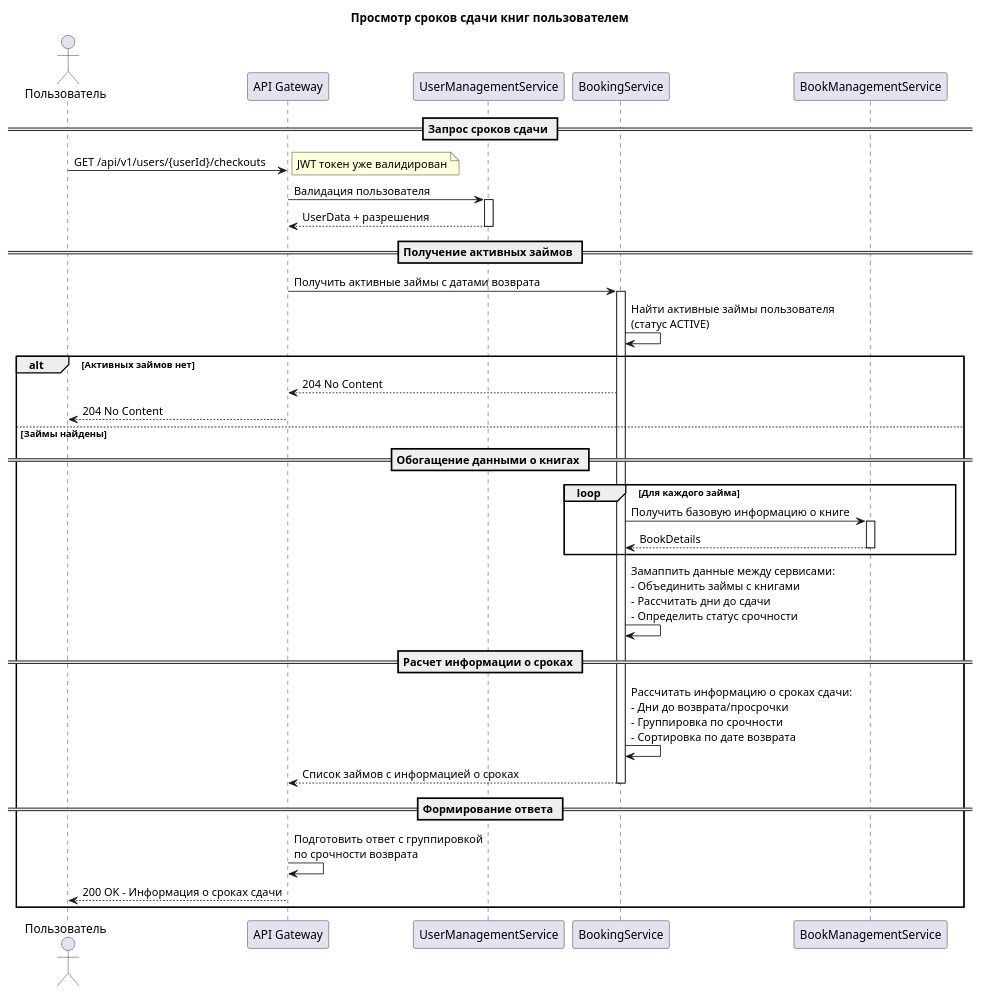
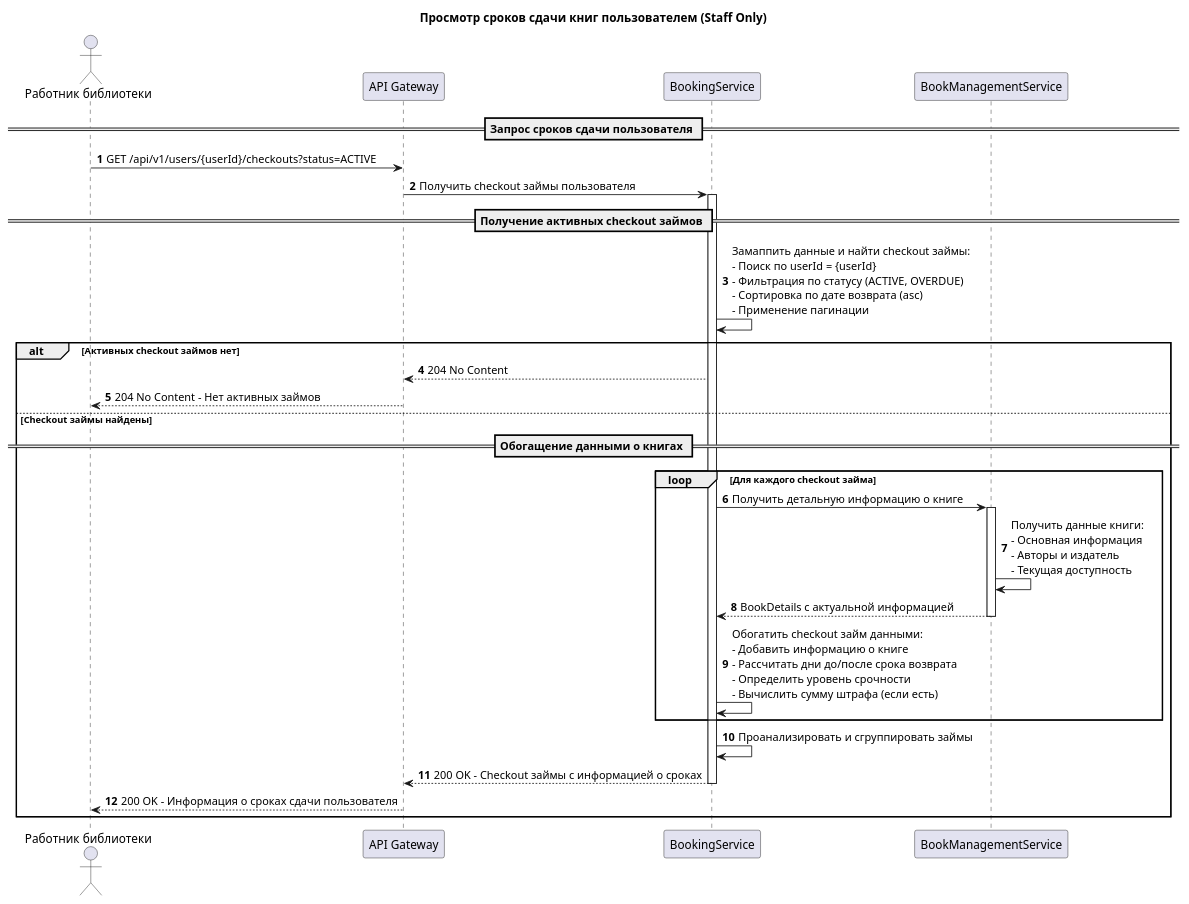
One commit to mrmacgood71/sber-test-case-SA changed the diagram in sequences/book_service__get_checkouts_plant_seq.puml. Above: the diagram before and after it, drawn with PlantUML. The commit also changed 4 other files, not shown here.

```diff
--- a/sequences/book_service__get_checkouts_plant_seq.puml
+++ b/sequences/book_service__get_checkouts_plant_seq.puml
@@ -1,50 +1,42 @@
 @startuml View User Checkouts Sequence Diagram
 
-title Просмотр сроков сдачи книг пользователем
+title Просмотр сроков сдачи книг пользователем (Staff Only)
 
-actor "Пользователь" as User
+actor "Работник библиотеки" as Staff
 participant "API Gateway" as Gateway
-participant "UserManagementService" as UMS
 participant "BookingService" as Booking
 participant "BookManagementService" as BMS
 
-== Запрос сроков сдачи ==
-User -> Gateway: GET /api/v1/users/{userId}/checkouts
-note right: JWT токен уже валидирован
+autonumber
+== Запрос сроков сдачи пользователя ==
+Staff -> Gateway: GET /api/v1/users/{userId}/checkouts?status=ACTIVE
 
-Gateway -> UMS: Валидация пользователя
-activate UMS
-UMS --> Gateway: UserData + разрешения
-deactivate UMS
+Gateway -> Booking: Получить checkout займы пользователя
+activate Booking
 
-== Получение активных займов ==
-Gateway -> Booking: Получить активные займы с датами возврата
-activate Booking
-Booking -> Booking: Найти активные займы пользователя\n(статус ACTIVE)
+== Получение активных checkout займов ==
+Booking -> Booking: Замаппить данные и найти checkout займы:\n- Поиск по userId = {userId}\n- Фильтрация по статусу (ACTIVE, OVERDUE)\n- Сортировка по дате возврата (asc)\n- Применение пагинации
 
-alt Активных займов нет
+alt Активных checkout займов нет
     Booking --> Gateway: 204 No Content
-    Gateway --> User: 204 No Content
-else Займы найдены
+    Gateway --> Staff: 204 No Content - Нет активных займов
+else Checkout займы найдены
     == Обогащение данными о книгах ==
-    loop Для каждого займа
-        Booking -> BMS: Получить базовую информацию о книге
+    loop Для каждого checkout займа
+        Booking -> BMS: Получить детальную информацию о книге
         activate BMS
-        BMS --> Booking: BookDetails
+        BMS -> BMS: Получить данные книги:\n- Основная информация\n- Авторы и издатель\n- Текущая доступность
+        BMS --> Booking: BookDetails с актуальной информацией
         deactivate BMS
+        
+        Booking -> Booking: Обогатить checkout займ данными:\n- Добавить информацию о книге\n- Рассчитать дни до/после срока возврата\n- Определить уровень срочности\n- Вычислить сумму штрафа (если есть)
     end
+    Booking -> Booking: Проанализировать и сгруппировать займы
     
-    Booking -> Booking: Замаппить данные между сервисами:\n- Объединить займы с книгами\n- Рассчитать дни до сдачи\n- Определить статус срочности
-    
-    == Расчет информации о сроках ==
-    Booking -> Booking: Рассчитать информацию о сроках сдачи:\n- Дни до возврата/просрочки\n- Группировка по срочности\n- Сортировка по дате возврата
-    
-    Booking --> Gateway: Список займов с информацией о сроках
+    Booking --> Gateway: 200 OK - Checkout займы с информацией о сроках
     deactivate Booking
     
-    == Формирование ответа ==
-    Gateway -> Gateway: Подготовить ответ с группировкой\nпо срочности возврата
-    Gateway --> User: 200 OK - Информация о сроках сдачи
+    Gateway --> Staff: 200 OK - Информация о сроках сдачи пользователя
 end
 
 @enduml
```
